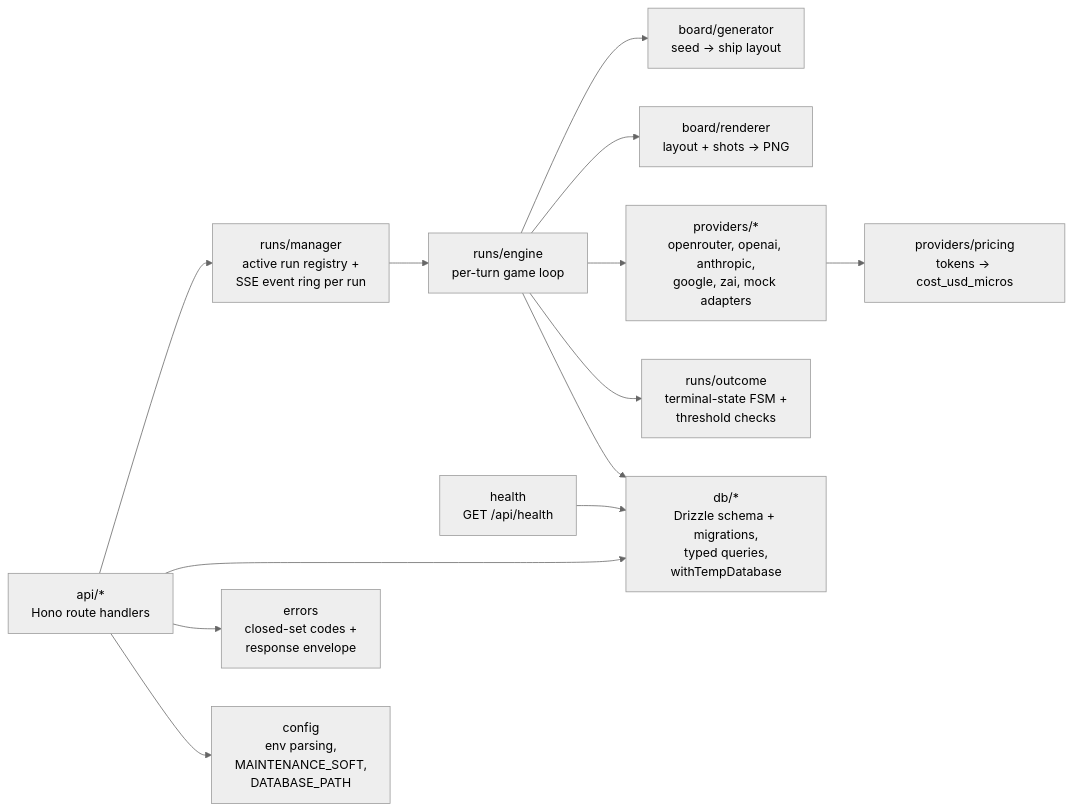
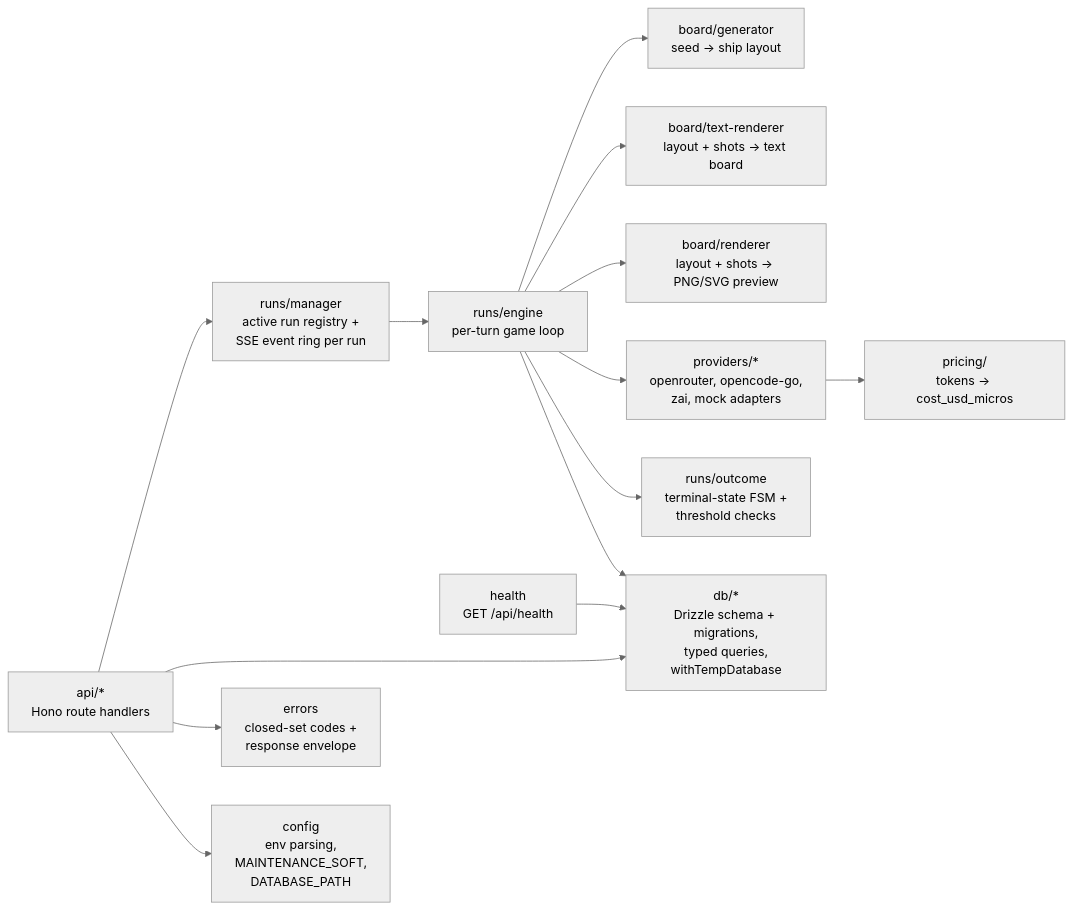
One commit to itechmeat/battleship-arena changed the fourth of 10 diagrams in docs/architecture.md. Above: the diagram before and after it, drawn with Mermaid (neutral theme). The commit also changed other lines of this file and 103 other files, not shown here.

````diff
--- a/docs/architecture.md
+++ b/docs/architecture.md
@@ -93,28 +93,30 @@
 ```mermaid
 graph LR
   http["api/*<br/>Hono route handlers"]
   mgr["runs/manager<br/>active run registry +<br/>SSE event ring per run"]
   engine["runs/engine<br/>per-turn game loop"]
   outcome["runs/outcome<br/>terminal-state FSM +<br/>threshold checks"]
   bgen["board/generator<br/>seed -> ship layout"]
-  brend["board/renderer<br/>layout + shots -> PNG"]
-  padp["providers/*<br/>openrouter, openai, anthropic,<br/>google, zai, mock adapters"]
-  price["providers/pricing<br/>tokens -> cost_usd_micros"]
+  btext["board/text-renderer<br/>layout + shots -> text board"]
+  brend["board/renderer<br/>layout + shots -> PNG/SVG preview"]
+  padp["providers/*<br/>openrouter, opencode-go,<br/>zai, mock adapters"]
+  price["pricing/<br/>tokens -> cost_usd_micros"]
   dbmod["db/*<br/>Drizzle schema + migrations,<br/>typed queries,<br/>withTempDatabase"]
   err["errors<br/>closed-set codes +<br/>response envelope"]
   cfg["config<br/>env parsing,<br/>MAINTENANCE_SOFT,<br/>DATABASE_PATH"]
   health["health<br/>GET /api/health"]
 
   http --> mgr
   http --> dbmod
   http --> err
   http --> cfg
   mgr --> engine
   engine --> bgen
+  engine --> btext
   engine --> brend
   engine --> padp
   engine --> outcome
   engine --> dbmod
   padp --> price
   health --> dbmod
 ```
````
